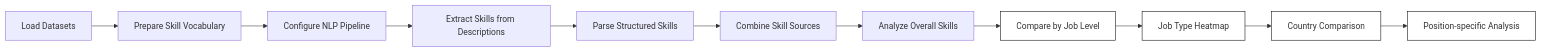
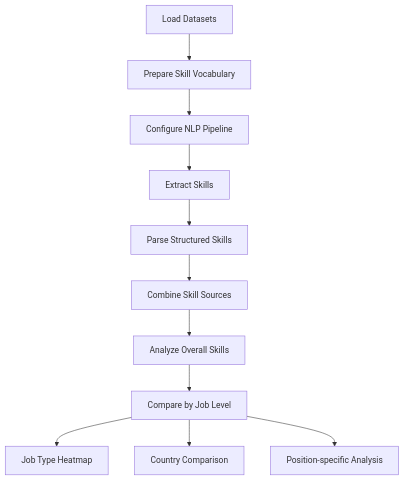
Before and after one commit to Emptine77/Projects: the first of 2 diagrams in README.md, drawn with Mermaid.

````diff
--- a/README.md
+++ b/README.md
@@ -43,23 +43,14 @@
 ```mermaid
-graph LR
+graph TB
     A[Load Datasets] --> B[Prepare Skill Vocabulary]
     B --> C[Configure NLP Pipeline]
-    C --> D[Extract Skills from Descriptions]
-    D --> E[Parse Structured Skills]
-    E --> F[Combine Skill Sources]
-    F --> G[Analyze Overall Skills]
+    C --> D[Extract Skills] --> E[Parse Structured Skills]
     
-    %% Переход вниз
+    E --> F[Combine Skill Sources] --> G[Analyze Overall Skills]
+    
     G --> H[Compare by Job Level]
-    
-    %% Имитируем второй ряд справа налево
     H --> I[Job Type Heatmap]
-    I --> J[Country Comparison]
-    J --> K[Position-specific Analysis]
+    H --> J[Country Comparison]
+    H --> K[Position-specific Analysis]
 
-    %% Скрытые узлы и стили (для выравнивания)
-    style H fill:#fff,stroke:#000,stroke-width:1px
-    style I fill:#fff,stroke:#000,stroke-width:1px
-    style J fill:#fff,stroke:#000,stroke-width:1px
-    style K fill:#fff,stroke:#000,stroke-width:1px
 ```
````
